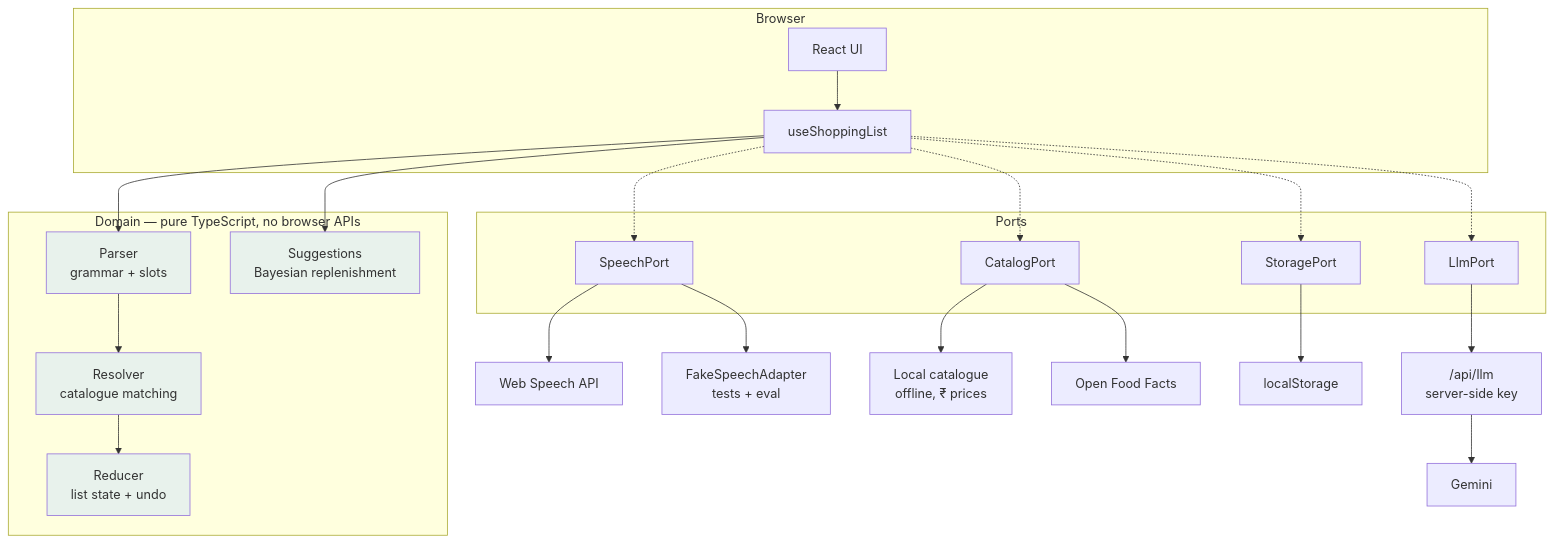
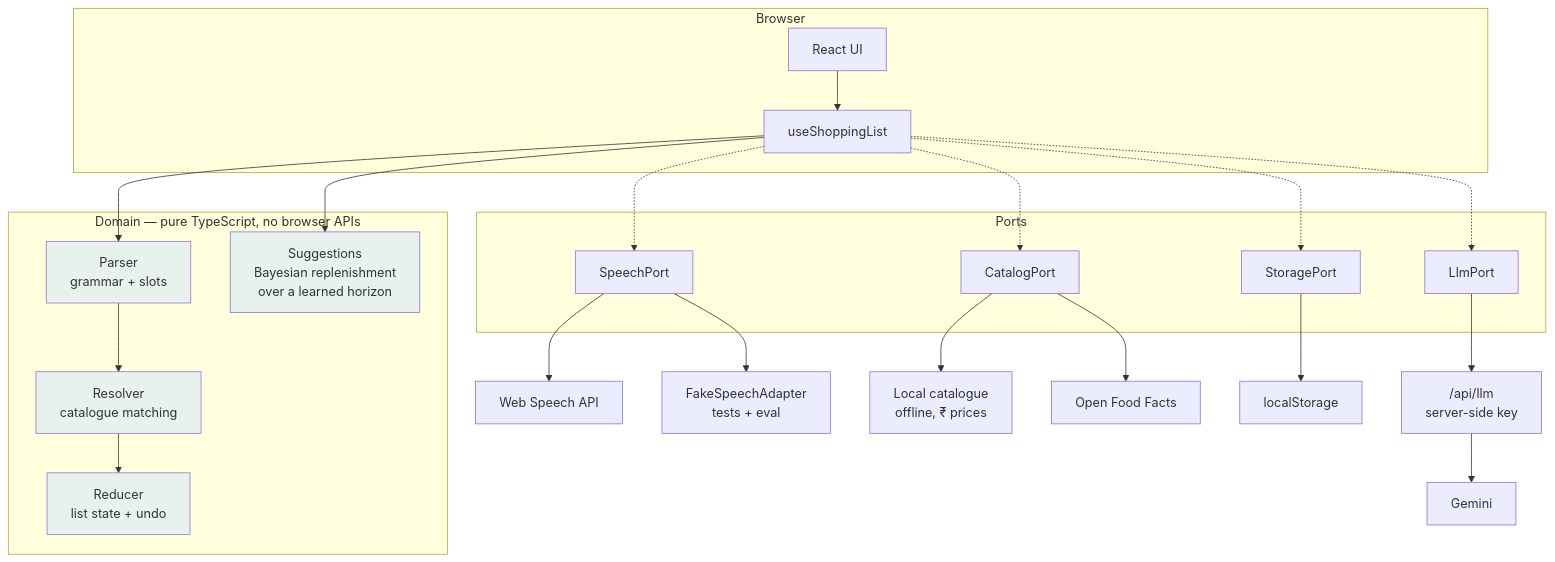
The first of 2 diagrams in README.md (ArnavSinha717/voicecommanding), drawn with Mermaid before and after one commit. The commit also changed other lines of this file and 13 other files, not shown here.

First line of the commit message:
Predict replenishment over a learned shopping horizon

````diff
--- a/README.md
+++ b/README.md
@@ -57,39 +57,39 @@
 ```mermaid
 graph TD
     subgraph Browser
         UI[React UI]
         UI --> HOOK[useShoppingList]
     end
 
     subgraph "Domain — pure TypeScript, no browser APIs"
         HOOK --> PARSE[Parser<br/>grammar + slots]
         PARSE --> RESOLVE[Resolver<br/>catalogue matching]
         RESOLVE --> REDUCE[Reducer<br/>list state + undo]
-        HOOK --> SUGGEST[Suggestions<br/>Bayesian replenishment]
+        HOOK --> SUGGEST[Suggestions<br/>Bayesian replenishment<br/>over a learned horizon]
     end
 
     subgraph Ports
         SP[SpeechPort]
         CP[CatalogPort]
         LP[LlmPort]
         STP[StoragePort]
     end
 
     HOOK -.-> SP
     HOOK -.-> CP
     HOOK -.-> LP
     HOOK -.-> STP
 
     SP --> WSA[Web Speech API]
     SP --> FSA[FakeSpeechAdapter<br/>tests + eval]
     CP --> LOCAL[Local catalogue<br/>offline, ₹ prices]
     CP --> OFF[Open Food Facts]
     STP --> LS[localStorage]
     LP --> PROXY["/api/llm<br/>server-side key"]
     PROXY --> GEM[Gemini]
 
     style PARSE fill:#e8f2ec
     style RESOLVE fill:#e8f2ec
     style REDUCE fill:#e8f2ec
     style SUGGEST fill:#e8f2ec
 ```
````
